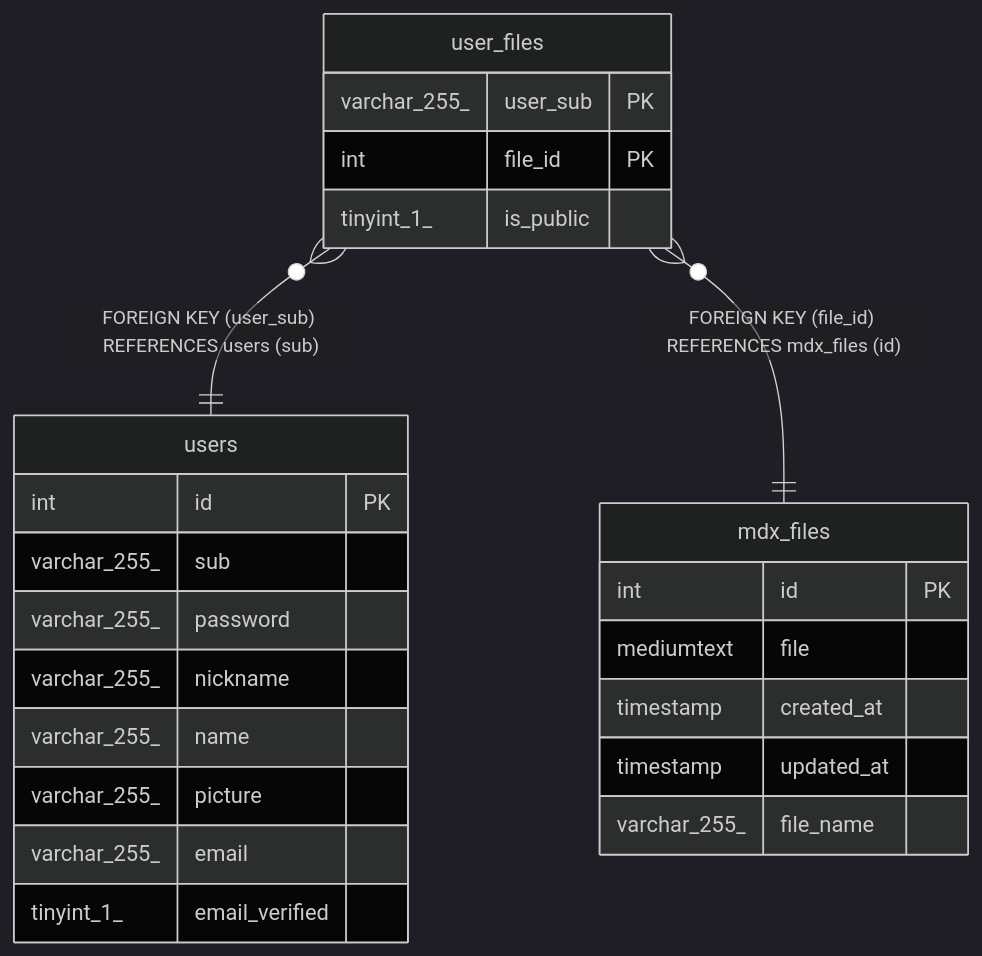
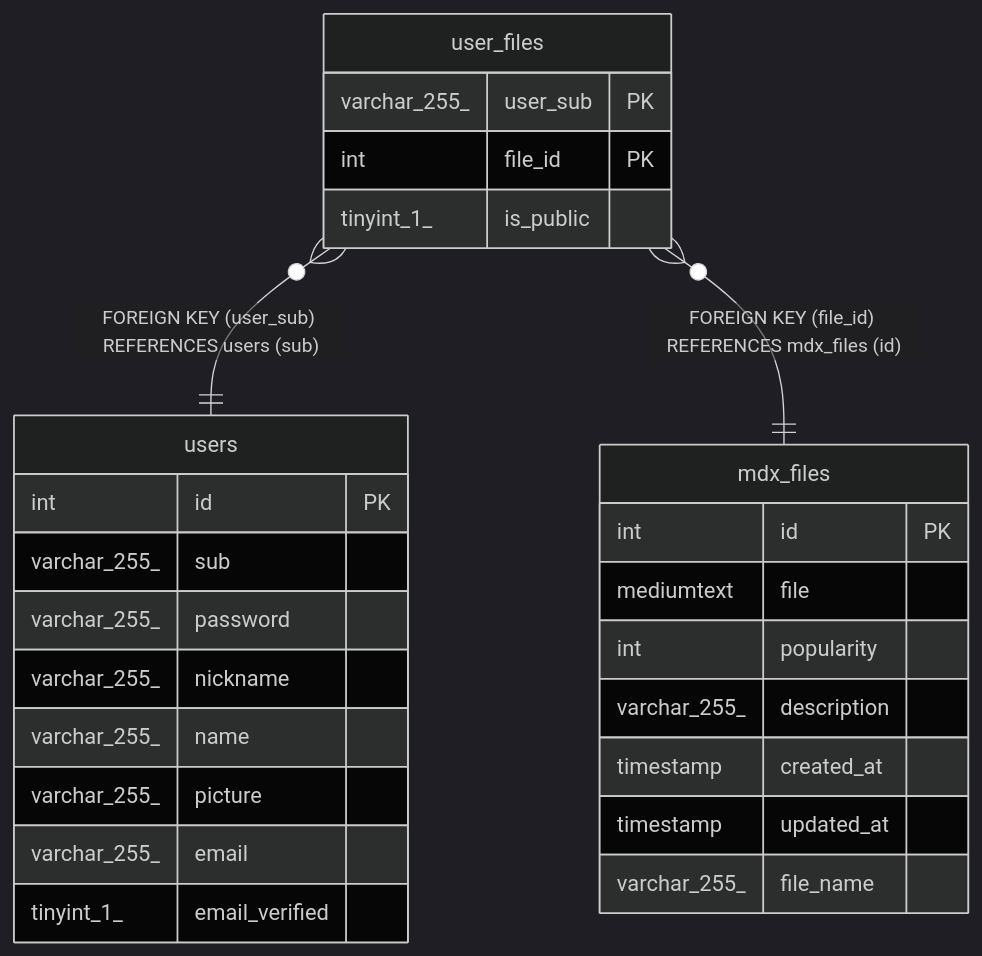
The diagram in doc/database-schema/user_files.md (Yiipu/Checkdown), drawn with Mermaid (dark theme) before and after one commit. The commit also changed 12 other files, not shown here.

````diff
--- a/doc/database-schema/user_files.md
+++ b/doc/database-schema/user_files.md
@@ -47,29 +47,31 @@
 ```mermaid
 erDiagram
 
 "user_files" }o--|| "users" : "FOREIGN KEY (user_sub) REFERENCES users (sub)"
 "user_files" }o--|| "mdx_files" : "FOREIGN KEY (file_id) REFERENCES mdx_files (id)"
 
 "user_files" {
   varchar_255_ user_sub PK
   int file_id PK
   tinyint_1_ is_public
 }
 "users" {
   int id PK
   varchar_255_ sub
   varchar_255_ password
   varchar_255_ nickname
   varchar_255_ name
   varchar_255_ picture
   varchar_255_ email
   tinyint_1_ email_verified
 }
 "mdx_files" {
   int id PK
   mediumtext file
+  int popularity
+  varchar_255_ description
   timestamp created_at
   timestamp updated_at
   varchar_255_ file_name
 }
 ```
````
